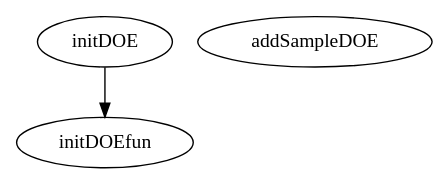
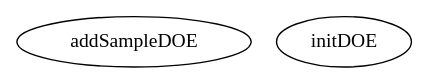
Before and after one commit to luclaurent/MultiDOE: the diagram in doc/MultiDOE/src/init/graph.dot, drawn with Graphviz. The commit also changed 78 other files, not shown here.

```diff
--- a/doc/MultiDOE/src/init/graph.dot
+++ b/doc/MultiDOE/src/init/graph.dot
@@ -1,8 +1,6 @@
 /* Created by mdot for Matlab */
 digraph m2html {
-  initDOE -> initDOEfun;
 
   addSampleDOE [URL="addSampleDOE.html"];
   initDOE [URL="initDOE.html"];
-  initDOEfun [URL="initDOEfun.html"];
 }
```
